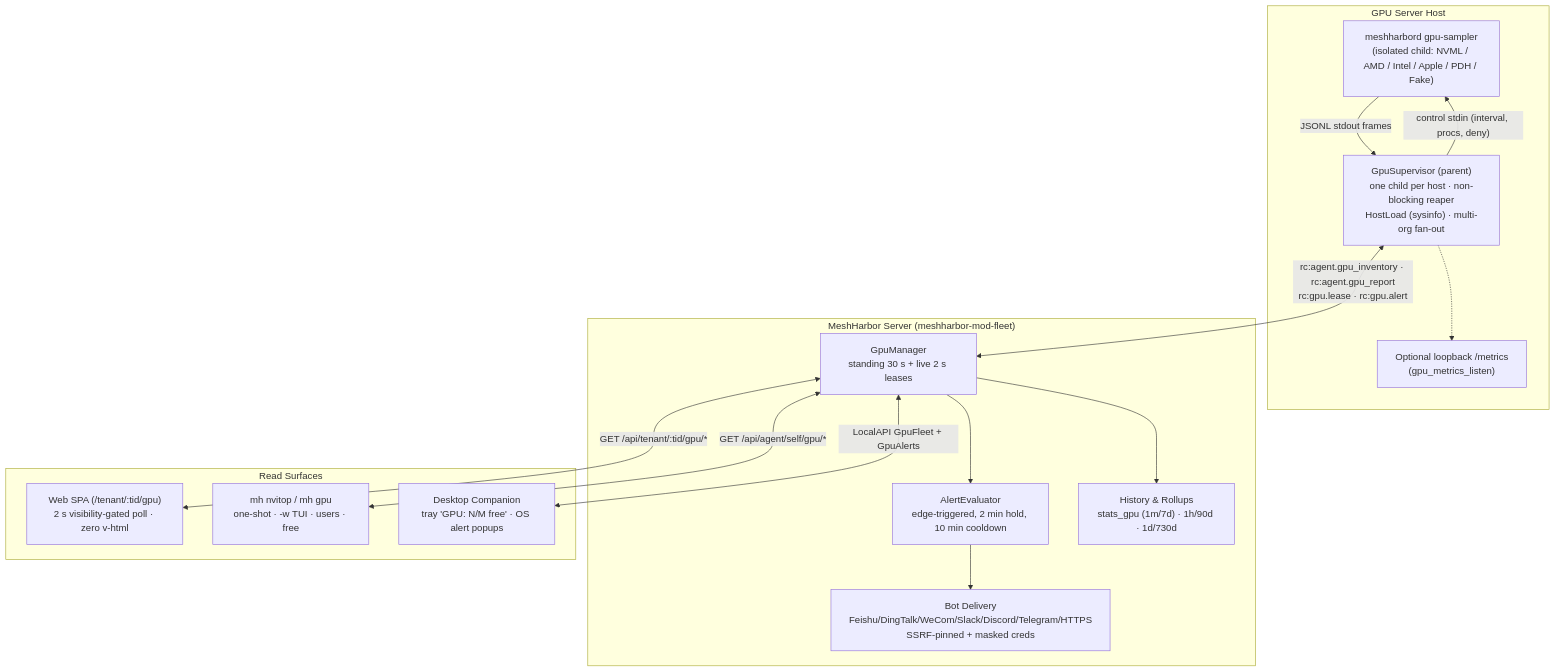
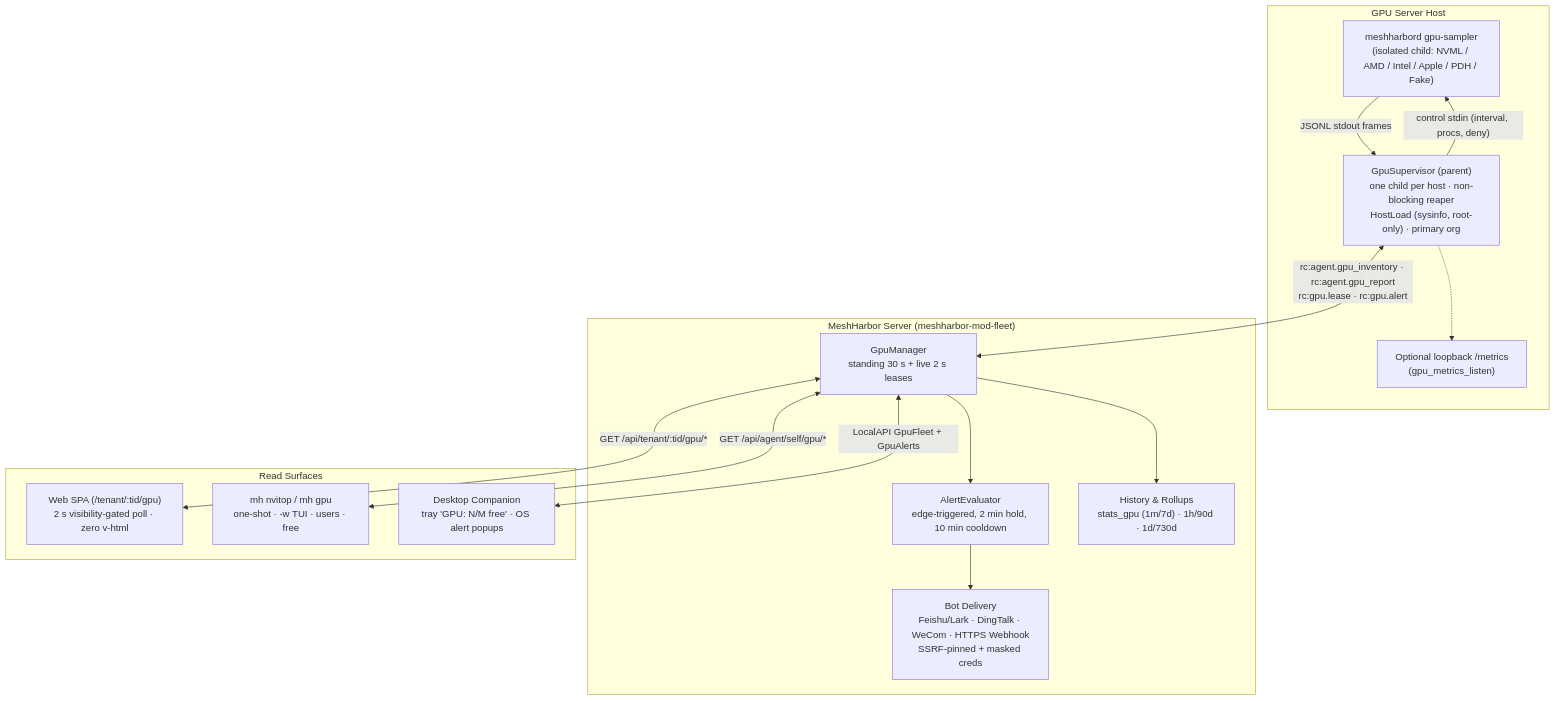
Before and after one commit to jk-zhang-meta/MeshHarbor: the diagram in docs/gpu-servers.md, drawn with Mermaid. The commit also changed other lines of this file and 9 other files, not shown here.

````diff
--- a/docs/gpu-servers.md
+++ b/docs/gpu-servers.md
@@ -7,32 +7,32 @@
 ```mermaid
 flowchart TB
     subgraph host["GPU Server Host"]
         CHILD["meshharbord gpu-sampler<br/>(isolated child: NVML / AMD / Intel / Apple / PDH / Fake)"]
-        SUP["GpuSupervisor (parent)<br/>one child per host · non-blocking reaper<br/>HostLoad (sysinfo) · multi-org fan-out"]
+        SUP["GpuSupervisor (parent)<br/>one child per host · non-blocking reaper<br/>HostLoad (sysinfo, root-only) · primary org"]
         PROM["Optional loopback /metrics<br/>(gpu_metrics_listen)"]
         CHILD -->|"JSONL stdout frames"| SUP
         SUP -->|"control stdin (interval, procs, deny)"| CHILD
         SUP -.-> PROM
     end
 
     subgraph srv["MeshHarbor Server (meshharbor-mod-fleet)"]
         MGR["GpuManager<br/>standing 30 s + live 2 s leases"]
         EVAL["AlertEvaluator<br/>edge-triggered, 2 min hold, 10 min cooldown"]
         HIST["History & Rollups<br/>stats_gpu (1m/7d) · 1h/90d · 1d/730d"]
-        BOT["Bot Delivery<br/>Feishu/DingTalk/WeCom/Slack/Discord/Telegram/HTTPS<br/>SSRF-pinned + masked creds"]
+        BOT["Bot Delivery<br/>Feishu/Lark · DingTalk · WeCom · HTTPS Webhook<br/>SSRF-pinned + masked creds"]
         MGR --> EVAL
         MGR --> HIST
         EVAL --> BOT
     end
 
     subgraph clients["Read Surfaces"]
         WEB["Web SPA (/tenant/:tid/gpu)<br/>2 s visibility-gated poll · zero v-html"]
         CLI["mh nvitop / mh gpu<br/>one-shot · -w TUI · users · free"]
         TRAY["Desktop Companion<br/>tray 'GPU: N/M free' · OS alert popups"]
     end
 
     SUP <-->|"rc:agent.gpu_inventory · rc:agent.gpu_report<br/>rc:gpu.lease · rc:gpu.alert"| MGR
     MGR <-->|"GET /api/tenant/:tid/gpu/*"| WEB
     MGR <-->|"GET /api/agent/self/gpu/*"| CLI
     MGR <-->|"LocalAPI GpuFleet + GpuAlerts"| TRAY
 ```
````
